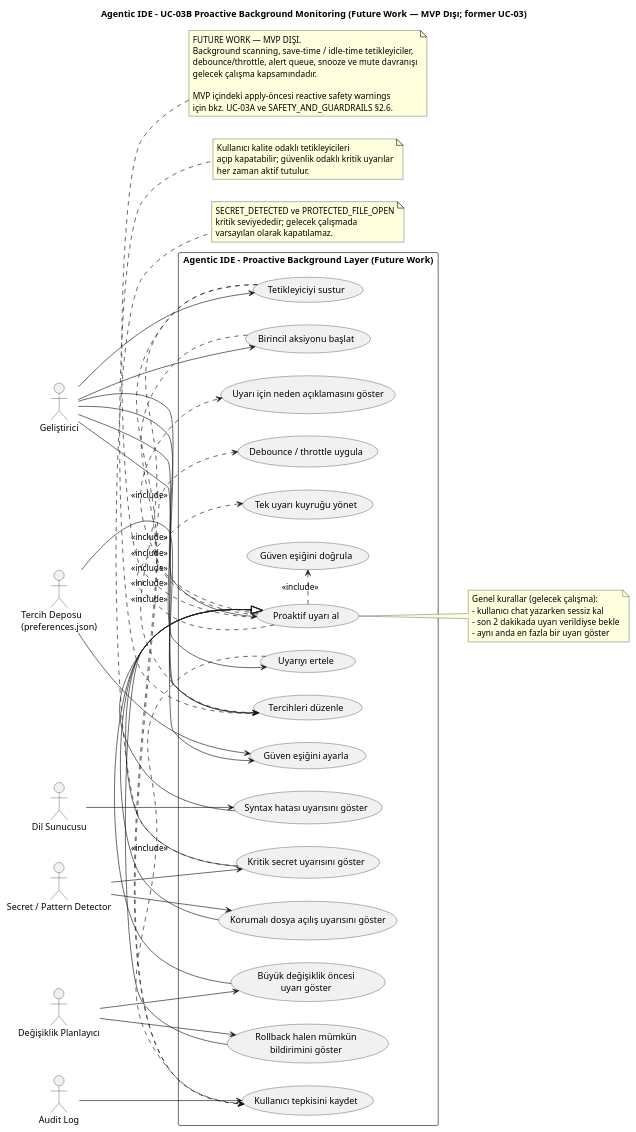
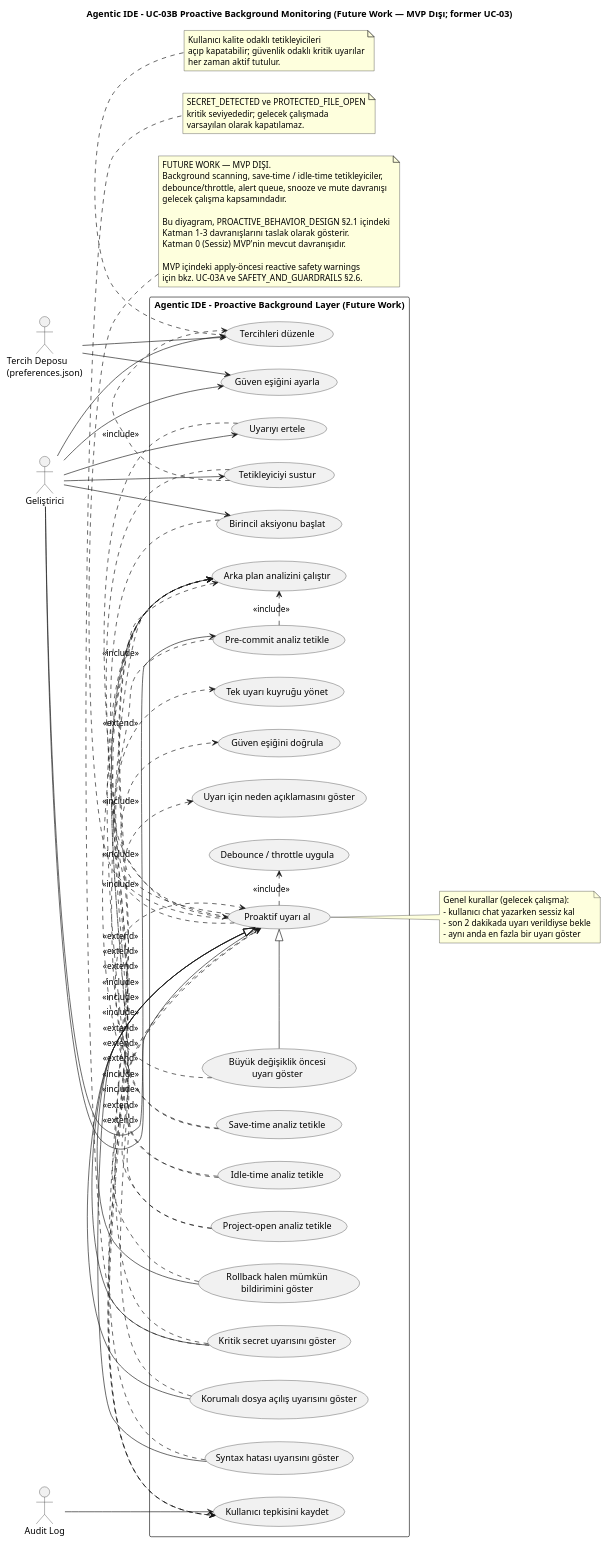
The diagram in diagrams/UC/future/UC-03B-proactive-background-monitoring.puml (TurkishKEBAB/Agentic-Ide), drawn with PlantUML before and after one commit. The commit also changed 89 other files, not shown here.

```diff
--- a/diagrams/UC/future/UC-03B-proactive-background-monitoring.puml
+++ b/diagrams/UC/future/UC-03B-proactive-background-monitoring.puml
@@ -1,96 +1,111 @@
-@startuml
+@startuml UC_03B_proactive_background_monitoring
 title Agentic IDE - UC-03B Proactive Background Monitoring (Future Work — MVP Dışı; former UC-03)
 left to right direction
 skinparam packageStyle rectangle
 skinparam shadowing false
 
 ' NOT: Bu use case MVP DIŞIDIR. Background (arka plan) proaktif analiz
 ' ve alert sistemi gelecek çalışma kapsamındadır.
 ' Apply-öncesi reactive safety warnings için bkz. UC-03A.
 
 actor "Geliştirici" as Developer
-actor "Dil Sunucusu" as LanguageServer
-actor "Secret / Pattern Detector" as SecretDetector
-actor "Değişiklik Planlayıcı" as ChangePlanner
 actor "Tercih Deposu\n(preferences.json)" as PreferenceStore
 actor "Audit Log" as AuditLog
 
 rectangle "Agentic IDE - Proactive Background Layer (Future Work)" {
+  usecase "Save-time analiz tetikle" as UC_TriggerSaveTime
+  usecase "Idle-time analiz tetikle" as UC_TriggerIdleTime
+  usecase "Project-open analiz tetikle" as UC_TriggerProjectOpen
+  usecase "Pre-commit analiz tetikle" as UC_TriggerPreCommit
+  usecase "Arka plan analizini çalıştır" as UC_RunBackgroundAnalysis
   usecase "Proaktif uyarı al" as UC_ReceiveAlert
   usecase "Kritik secret uyarısını göster" as UC_ShowSecretAlert
   usecase "Korumalı dosya açılış uyarısını göster" as UC_ShowProtectedFileAlert
   usecase "Syntax hatası uyarısını göster" as UC_ShowSyntaxAlert
   usecase "Büyük değişiklik öncesi\nuyarı göster" as UC_ShowLargeEditAlert
   usecase "Rollback halen mümkün\nbildirimini göster" as UC_ShowRollbackAlert
   usecase "Uyarı için neden açıklamasını göster" as UC_ShowWhy
   usecase "Uyarıyı ertele" as UC_SnoozeAlert
   usecase "Tetikleyiciyi sustur" as UC_MuteTrigger
   usecase "Tercihleri düzenle" as UC_EditPreferences
   usecase "Güven eşiğini ayarla" as UC_SetConfidence
   usecase "Birincil aksiyonu başlat" as UC_StartPrimaryAction
   usecase "Debounce / throttle uygula" as UC_Debounce
   usecase "Tek uyarı kuyruğu yönet" as UC_QueueAlert
   usecase "Güven eşiğini doğrula" as UC_CheckConfidence
   usecase "Kullanıcı tepkisini kaydet" as UC_LogReaction
 }
 
 Developer --> UC_ReceiveAlert
+Developer --> UC_TriggerPreCommit
 Developer --> UC_EditPreferences
 Developer --> UC_SetConfidence
 Developer --> UC_SnoozeAlert
 Developer --> UC_MuteTrigger
 Developer --> UC_StartPrimaryAction
 
-LanguageServer --> UC_ShowSyntaxAlert
-SecretDetector --> UC_ShowSecretAlert
-SecretDetector --> UC_ShowProtectedFileAlert
-ChangePlanner --> UC_ShowLargeEditAlert
-ChangePlanner --> UC_ShowRollbackAlert
 PreferenceStore --> UC_EditPreferences
 PreferenceStore --> UC_SetConfidence
 AuditLog --> UC_LogReaction
 
+UC_TriggerSaveTime .> UC_RunBackgroundAnalysis : <<include>>
+UC_TriggerIdleTime .> UC_RunBackgroundAnalysis : <<include>>
+UC_TriggerProjectOpen .> UC_RunBackgroundAnalysis : <<include>>
+UC_TriggerPreCommit .> UC_RunBackgroundAnalysis : <<include>>
+UC_TriggerSaveTime .> UC_ReceiveAlert : <<extend>>
+UC_TriggerIdleTime .> UC_ReceiveAlert : <<extend>>
+UC_TriggerProjectOpen .> UC_ReceiveAlert : <<extend>>
+UC_TriggerPreCommit .> UC_ReceiveAlert : <<extend>>
+UC_ShowSecretAlert .> UC_RunBackgroundAnalysis : <<extend>>
+UC_ShowProtectedFileAlert .> UC_RunBackgroundAnalysis : <<extend>>
+UC_ShowSyntaxAlert .> UC_RunBackgroundAnalysis : <<extend>>
+UC_ShowLargeEditAlert .> UC_RunBackgroundAnalysis : <<extend>>
+UC_ShowRollbackAlert .> UC_RunBackgroundAnalysis : <<extend>>
 UC_ReceiveAlert .> UC_Debounce : <<include>>
 UC_ReceiveAlert .> UC_QueueAlert : <<include>>
 UC_ReceiveAlert .> UC_CheckConfidence : <<include>>
 UC_ShowSecretAlert -|> UC_ReceiveAlert
 UC_ShowProtectedFileAlert -|> UC_ReceiveAlert
 UC_ShowSyntaxAlert -|> UC_ReceiveAlert
 UC_ShowLargeEditAlert -|> UC_ReceiveAlert
 UC_ShowRollbackAlert -|> UC_ReceiveAlert
 UC_ReceiveAlert .> UC_ShowWhy : <<include>>
 UC_SnoozeAlert .> UC_LogReaction : <<include>>
 UC_MuteTrigger .> UC_EditPreferences : <<include>>
 UC_MuteTrigger .> UC_LogReaction : <<include>>
 UC_StartPrimaryAction .> UC_LogReaction : <<include>>
 
 note top of UC_ReceiveAlert
 FUTURE WORK — MVP DIŞI.
 Background scanning, save-time / idle-time tetikleyiciler,
 debounce/throttle, alert queue, snooze ve mute davranışı
 gelecek çalışma kapsamındadır.
+
+Bu diyagram, PROACTIVE_BEHAVIOR_DESIGN §2.1 içindeki
+Katman 1-3 davranışlarını taslak olarak gösterir.
+Katman 0 (Sessiz) MVP'nin mevcut davranışıdır.
 
 MVP içindeki apply-öncesi reactive safety warnings
 için bkz. UC-03A ve SAFETY_AND_GUARDRAILS §2.6.
 end note
 
 note right of UC_ReceiveAlert
 Genel kurallar (gelecek çalışma):
 - kullanıcı chat yazarken sessiz kal
 - son 2 dakikada uyarı verildiyse bekle
 - aynı anda en fazla bir uyarı göster
 end note
 
 note bottom of UC_ShowSecretAlert
 SECRET_DETECTED ve PROTECTED_FILE_OPEN
 kritik seviyededir; gelecek çalışmada
 varsayılan olarak kapatılamaz.
 end note
 
 note bottom of UC_EditPreferences
 Kullanıcı kalite odaklı tetikleyicileri
 açıp kapatabilir; güvenlik odaklı kritik uyarılar
 her zaman aktif tutulur.
 end note
 
 @enduml
```
